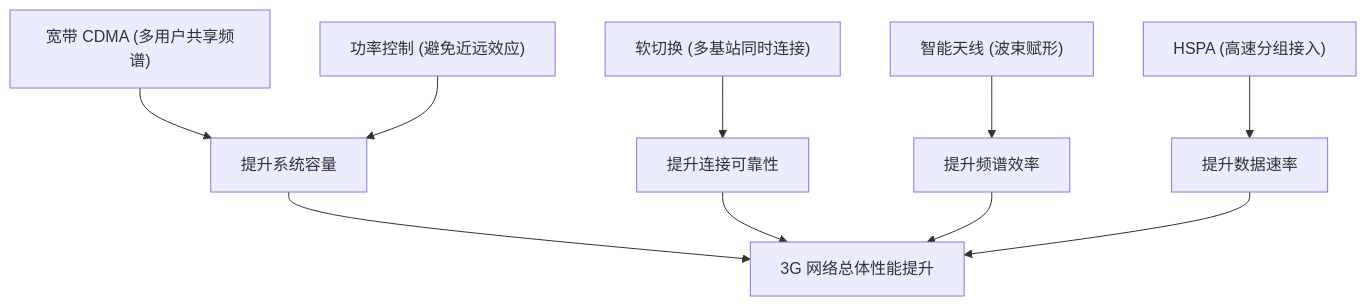
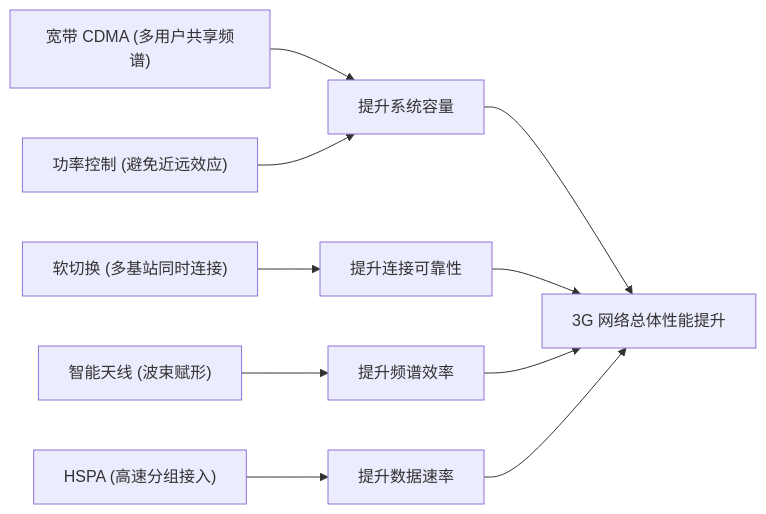
One commit to mzrf/mzrf.github.io changed the third of 3 diagrams in p/3.RF无线技术-蜂窝网-3G.md. Above: the diagram before and after it, drawn with Mermaid. The commit also changed other lines of this file, not shown here.

Commit message:
p/3.RF无线技术-蜂窝网-3G.md updated from https://stackedit.io/

````diff
--- a/p/3.RF无线技术-蜂窝网-3G.md
+++ b/p/3.RF无线技术-蜂窝网-3G.md
@@ -384,12 +384,12 @@
 ```mermaid
-graph TB
+graph LR
     A["宽带 CDMA (多用户共享频谱)"] --> F["提升系统容量"]
     B["功率控制 (避免近远效应)"] --> F
     C["软切换 (多基站同时连接)"] --> G["提升连接可靠性"]
     D["智能天线 (波束赋形)"] --> H["提升频谱效率"]
     E["HSPA (高速分组接入)"] --> I["提升数据速率"]
     F --> J["3G 网络总体性能提升"]
     G --> J
     H --> J
     I --> J
 ```
````
